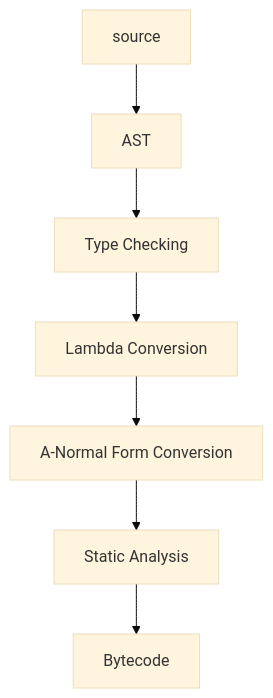
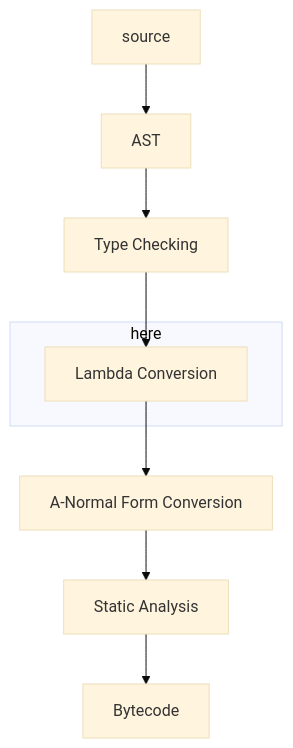
The diagram in docs/MATCH.md (billhails/CEKF), drawn with Mermaid (base theme) before and after one commit.

````diff
--- a/docs/MATCH.md
+++ b/docs/MATCH.md
@@ -10,4 +10,7 @@
 ```mermaid
 flowchart TD
 source --> AST --> check[Type Checking] --> lambda[Lambda Conversion] --> anf[A-Normal Form Conversion] --> static[Static Analysis] --> Bytecode
+subgraph here
+lambda
+end
 ```
````
